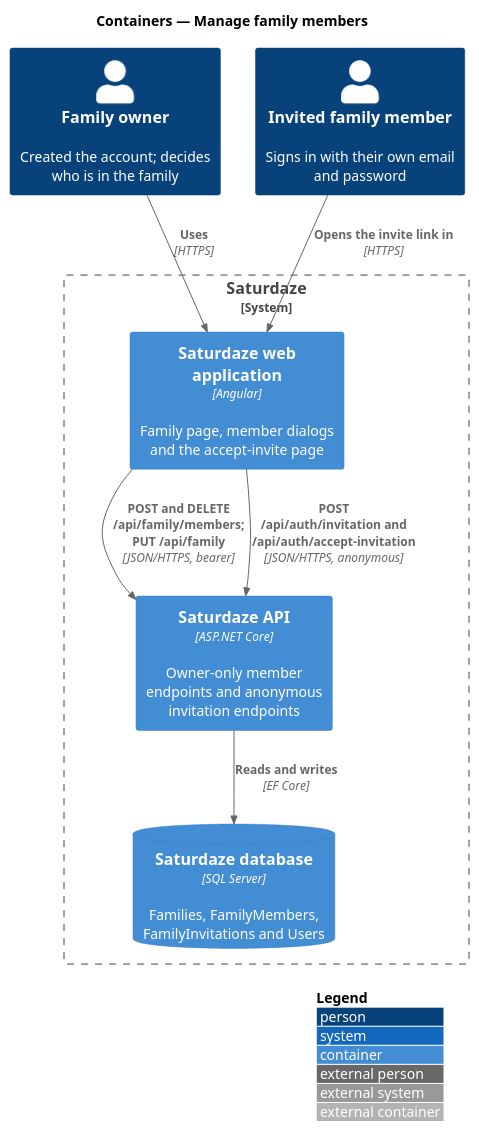
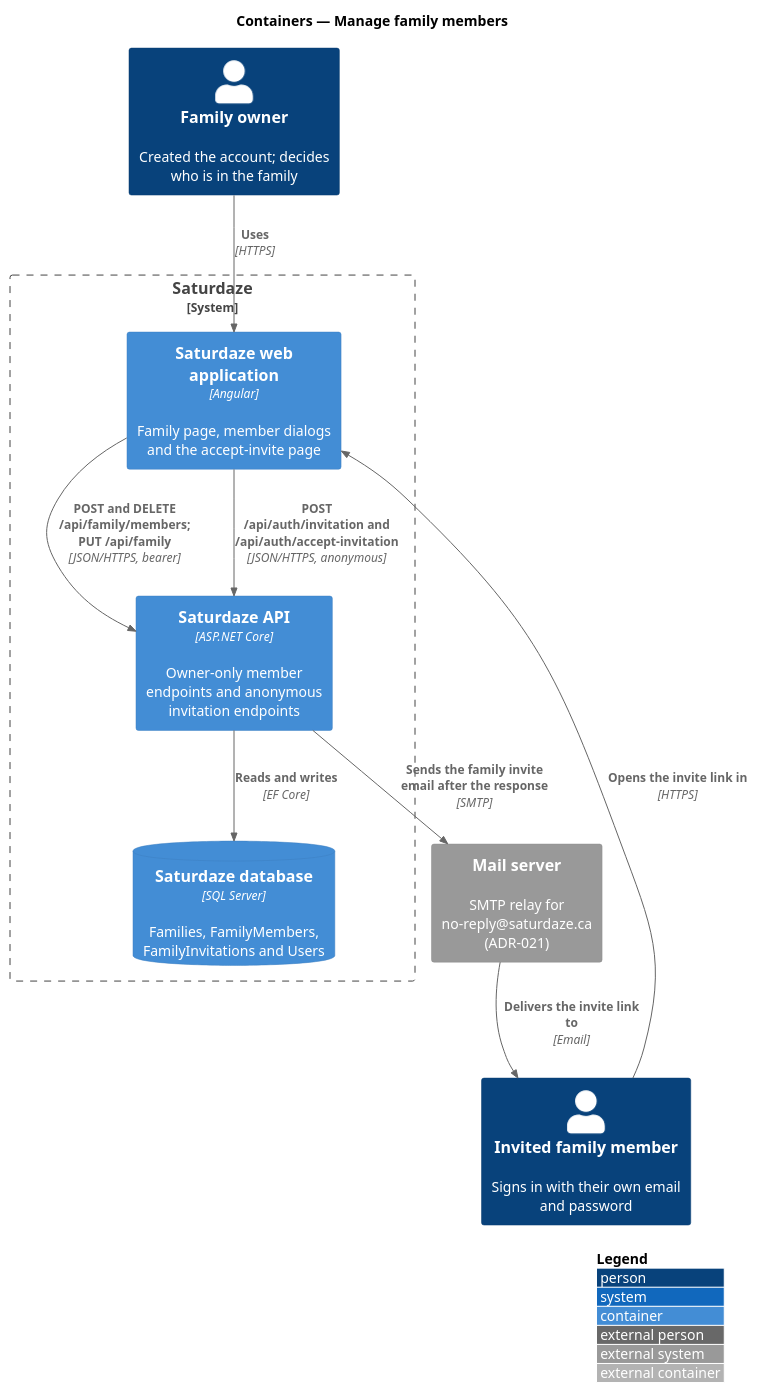
One commit to QuinntyneBrown/saturdaze changed the diagram in docs/detailed-designs/identity-and-access/manage-family-members/diagrams/c4-container.puml. Above: the diagram before and after it, drawn with PlantUML. The commit also changed 14 other files, not shown here.

First line of the commit message:
Design the family invite email in manage-family-members and send-branded-email (L2-183)

```diff
--- a/docs/detailed-designs/identity-and-access/manage-family-members/diagrams/c4-container.puml
+++ b/docs/detailed-designs/identity-and-access/manage-family-members/diagrams/c4-container.puml
@@ -1,18 +1,21 @@
 @startuml
 !include <C4/C4_Container>
 LAYOUT_WITH_LEGEND()
 title Containers — Manage family members
 
 Person(owner, "Family owner", "Created the account; decides who is in the family")
 Person(member, "Invited family member", "Signs in with their own email and password")
 System_Boundary(saturdaze, "Saturdaze") {
   Container(web, "Saturdaze web application", "Angular", "Family page, member dialogs and the accept-invite page")
   Container(api, "Saturdaze API", "ASP.NET Core", "Owner-only member endpoints and anonymous invitation endpoints")
   ContainerDb(db, "Saturdaze database", "SQL Server", "Families, FamilyMembers, FamilyInvitations and Users")
 }
+System_Ext(mail, "Mail server", "SMTP relay for no-reply@saturdaze.ca (ADR-021)")
 Rel(owner, web, "Uses", "HTTPS")
 Rel(member, web, "Opens the invite link in", "HTTPS")
 Rel(web, api, "POST and DELETE /api/family/members; PUT /api/family", "JSON/HTTPS, bearer")
 Rel(web, api, "POST /api/auth/invitation and /api/auth/accept-invitation", "JSON/HTTPS, anonymous")
 Rel(api, db, "Reads and writes", "EF Core")
+Rel(api, mail, "Sends the family invite email after the response", "SMTP")
+Rel(mail, member, "Delivers the invite link to", "Email")
 @enduml
```
